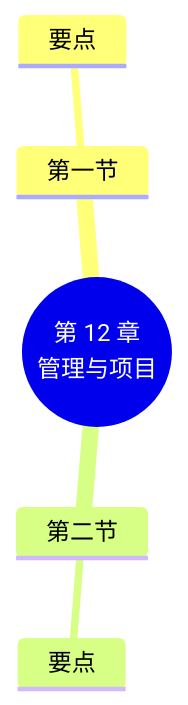
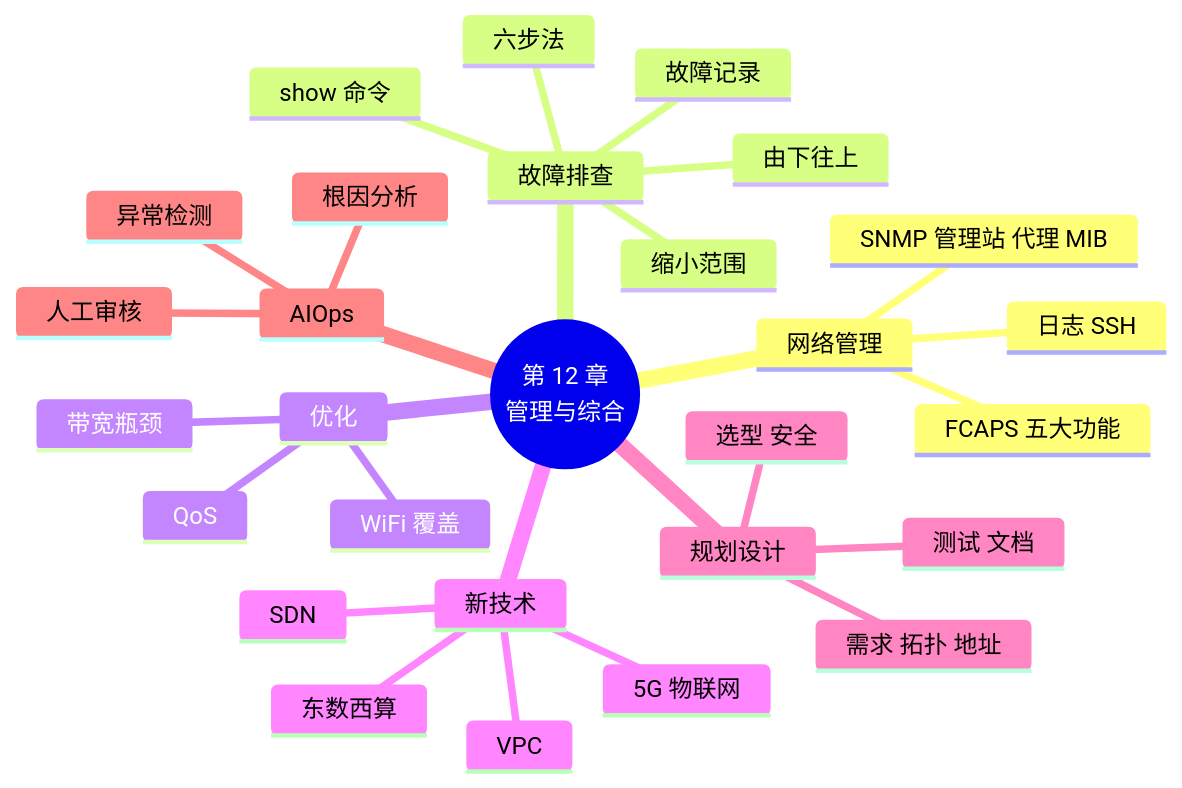
Before and after one commit to MingziFu9/computer-network: the second of 2 diagrams in docs/chapters/12-management/index.md, drawn with Mermaid. The commit also changed other lines of this file and 7 other files, not shown here.

````diff
--- a/docs/chapters/12-management/index.md
+++ b/docs/chapters/12-management/index.md
@@ -185,8 +497,31 @@
 ```mermaid
 mindmap
-  root((第 12 章<br/>管理与项目))
-    第一节
-      要点
-    第二节
-      要点
+  root((第 12 章<br/>管理与综合))
+    网络管理
+      FCAPS 五大功能
+      SNMP 管理站 代理 MIB
+      日志 SSH
+    故障排查
+      缩小范围
+      由下往上
+      六步法
+      show 命令
+      故障记录
+    优化
+      带宽瓶颈
+      WiFi 覆盖
+      QoS
+    新技术
+      SDN
+      VPC
+      5G 物联网
+      东数西算
+    规划设计
+      需求 拓扑 地址
+      选型 安全
+      测试 文档
+    AIOps
+      异常检测
+      根因分析
+      人工审核
 ```
````
